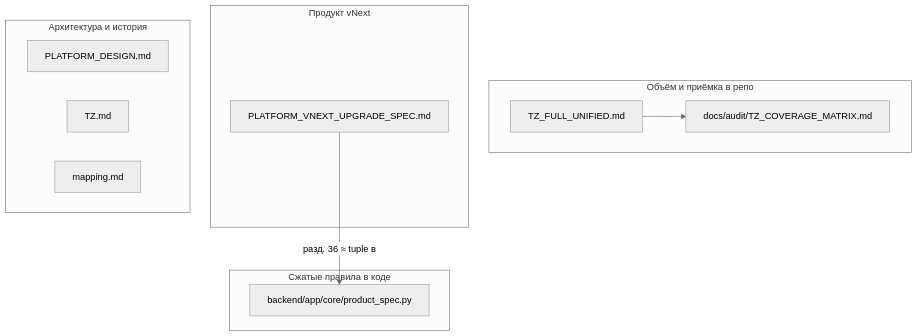
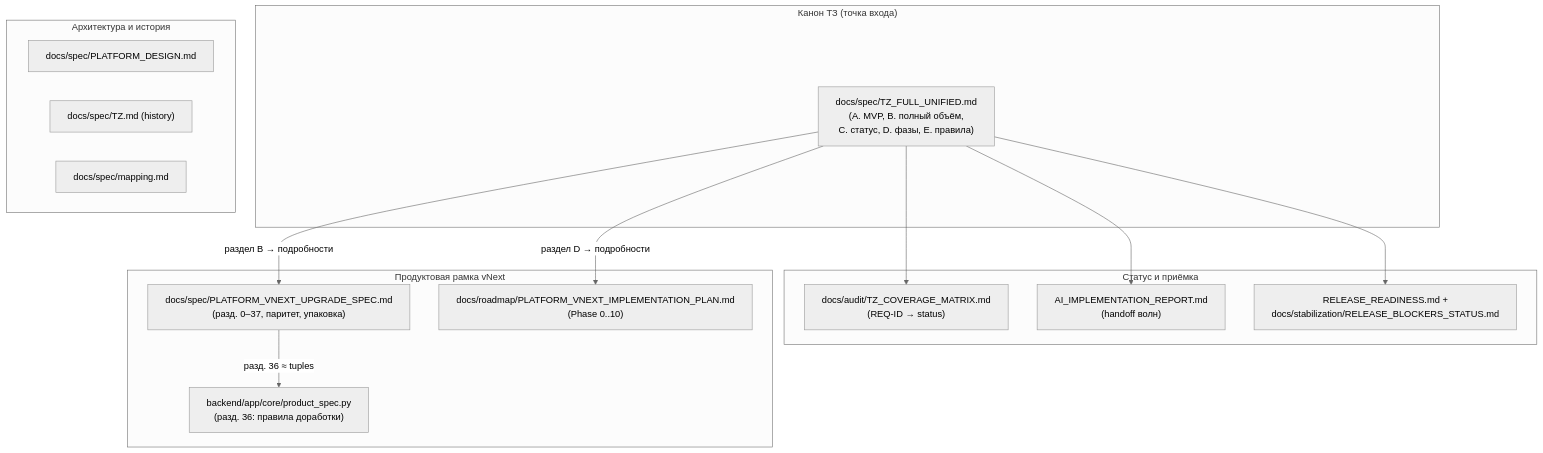
The diagram in docs/spec/TZ_OVERVIEW.md (aiprocadm/prt_ot_doc), drawn with Mermaid (neutral theme) before and after one commit. The commit also changed other lines of this file and 6 other files, not shown here.

First line of the commit message:
docs(agents): point all agent entry-points to TZ_FULL_UNIFIED.md

````diff
--- a/docs/spec/TZ_OVERVIEW.md
+++ b/docs/spec/TZ_OVERVIEW.md
@@ -5,20 +5,27 @@
 ```mermaid
 flowchart TB
-  subgraph scope["Объём и приёмка в репо"]
-    TZF["TZ_FULL_UNIFIED.md"]
-    MAT["docs/audit/TZ_COVERAGE_MATRIX.md"]
+  subgraph canon["Канон ТЗ (точка входа)"]
+    TZF["docs/spec/TZ_FULL_UNIFIED.md<br/>(A. MVP, B. полный объём,<br/>C. статус, D. фазы, E. правила)"]
   end
-  subgraph product["Продукт vNext"]
-    VN["PLATFORM_VNEXT_UPGRADE_SPEC.md"]
+  subgraph status["Статус и приёмка"]
+    MAT["docs/audit/TZ_COVERAGE_MATRIX.md<br/>(REQ-ID → status)"]
+    REP["AI_IMPLEMENTATION_REPORT.md<br/>(handoff волн)"]
+    REL["RELEASE_READINESS.md +<br/>docs/stabilization/RELEASE_BLOCKERS_STATUS.md"]
   end
-  subgraph guard["Сжатые правила в коде"]
-    PS["backend/app/core/product_spec.py"]
+  subgraph product["Продуктовая рамка vNext"]
+    VN["docs/spec/PLATFORM_VNEXT_UPGRADE_SPEC.md<br/>(разд. 0–37, паритет, упаковка)"]
+    PS["backend/app/core/product_spec.py<br/>(разд. 36: правила доработки)"]
+    PLAN["docs/roadmap/PLATFORM_VNEXT_IMPLEMENTATION_PLAN.md<br/>(Phase 0..10)"]
   end
   subgraph arch["Архитектура и история"]
-    PD["PLATFORM_DESIGN.md"]
-    TZH["TZ.md"]
-    MAP["mapping.md"]
+    PD["docs/spec/PLATFORM_DESIGN.md"]
+    TZH["docs/spec/TZ.md (history)"]
+    MAP["docs/spec/mapping.md"]
   end
   TZF --> MAT
-  VN -->|"разд. 36 ≈ tuple в"| PS
+  TZF --> REP
+  TZF --> REL
+  TZF -->|"раздел B → подробности"| VN
+  TZF -->|"раздел D → подробности"| PLAN
+  VN -->|"разд. 36 ≈ tuples"| PS
 ```
````
